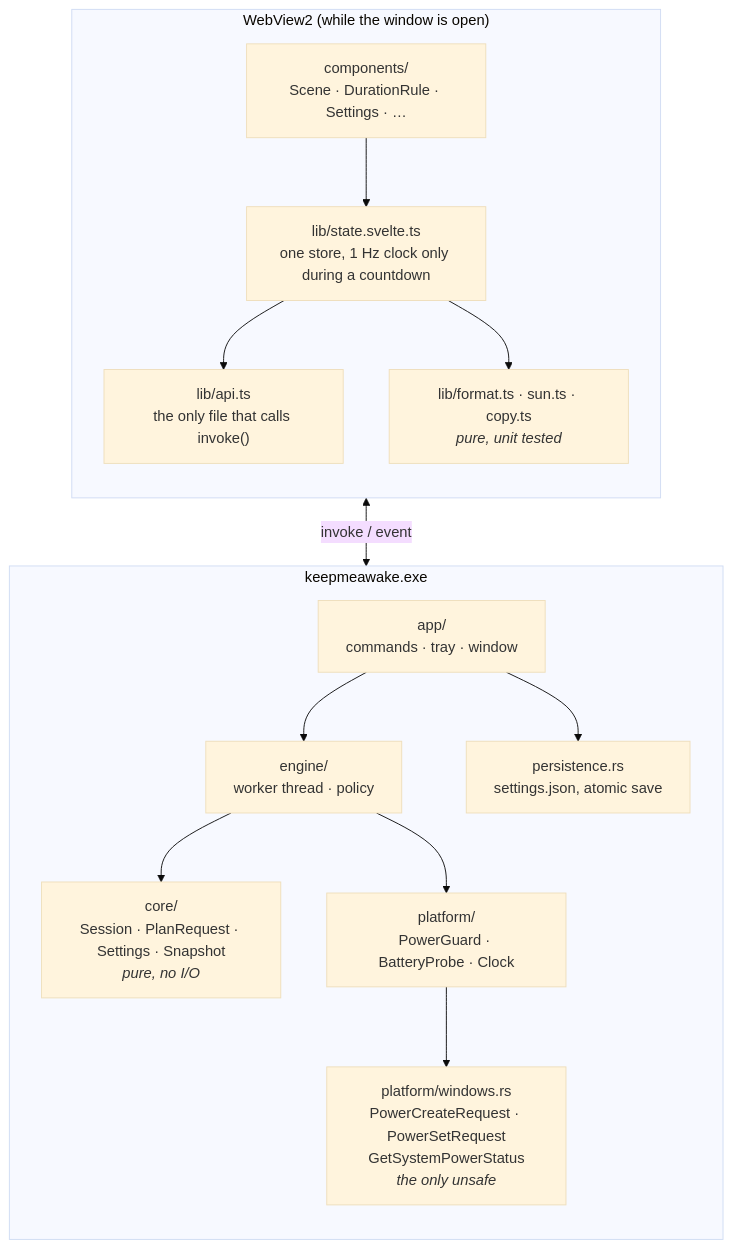
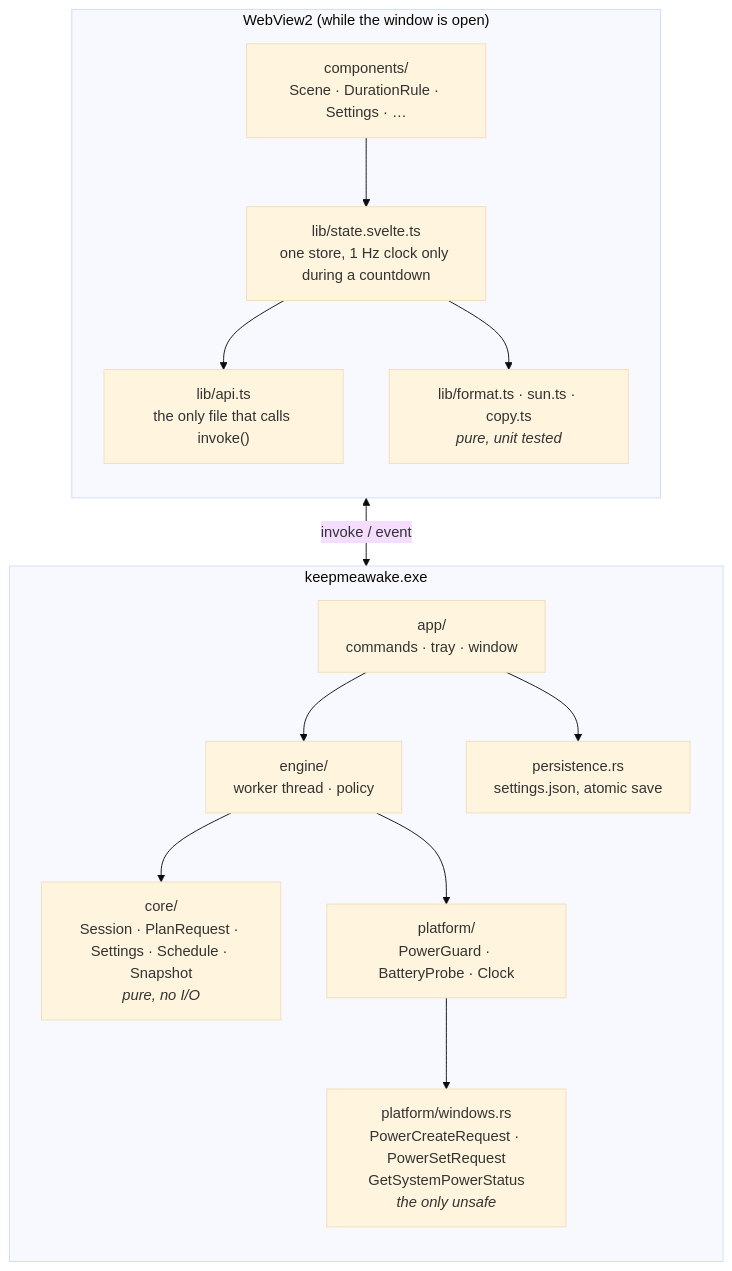
The first of 6 diagrams in docs/architecture.md (ax5hay/KeepMeAwake), drawn with Mermaid (base theme) before and after one commit. The commit also changed other lines of this file and 8 other files, not shown here.

First line of the commit message:
docs: schedule in the guide, architecture, roadmap and changelog

````diff
--- a/docs/architecture.md
+++ b/docs/architecture.md
@@ -9,25 +9,25 @@
 ```mermaid
 flowchart TB
     subgraph exe["keepmeawake.exe"]
         direction TB
         app["app/<br/>commands · tray · window"]
         engine["engine/<br/>worker thread · policy"]
-        core["core/<br/>Session · PlanRequest · Settings · Snapshot<br/><i>pure, no I/O</i>"]
+        core["core/<br/>Session · PlanRequest · Settings · Schedule · Snapshot<br/><i>pure, no I/O</i>"]
         platform["platform/<br/>PowerGuard · BatteryProbe · Clock"]
         win["platform/windows.rs<br/>PowerCreateRequest · PowerSetRequest<br/>GetSystemPowerStatus<br/><i>the only unsafe</i>"]
         persist["persistence.rs<br/>settings.json, atomic save"]
         app --> engine --> core
         engine --> platform --> win
         app --> persist
     end
     subgraph webview["WebView2 (while the window is open)"]
         direction TB
         api["lib/api.ts<br/>the only file that calls invoke()"]
         store["lib/state.svelte.ts<br/>one store, 1 Hz clock only during a countdown"]
         pure["lib/format.ts · sun.ts · copy.ts<br/><i>pure, unit tested</i>"]
         ui["components/<br/>Scene · DurationRule · Settings · …"]
         ui --> store --> api
         store --> pure
     end
     api <-->|"invoke / event"| app
 ```
````
